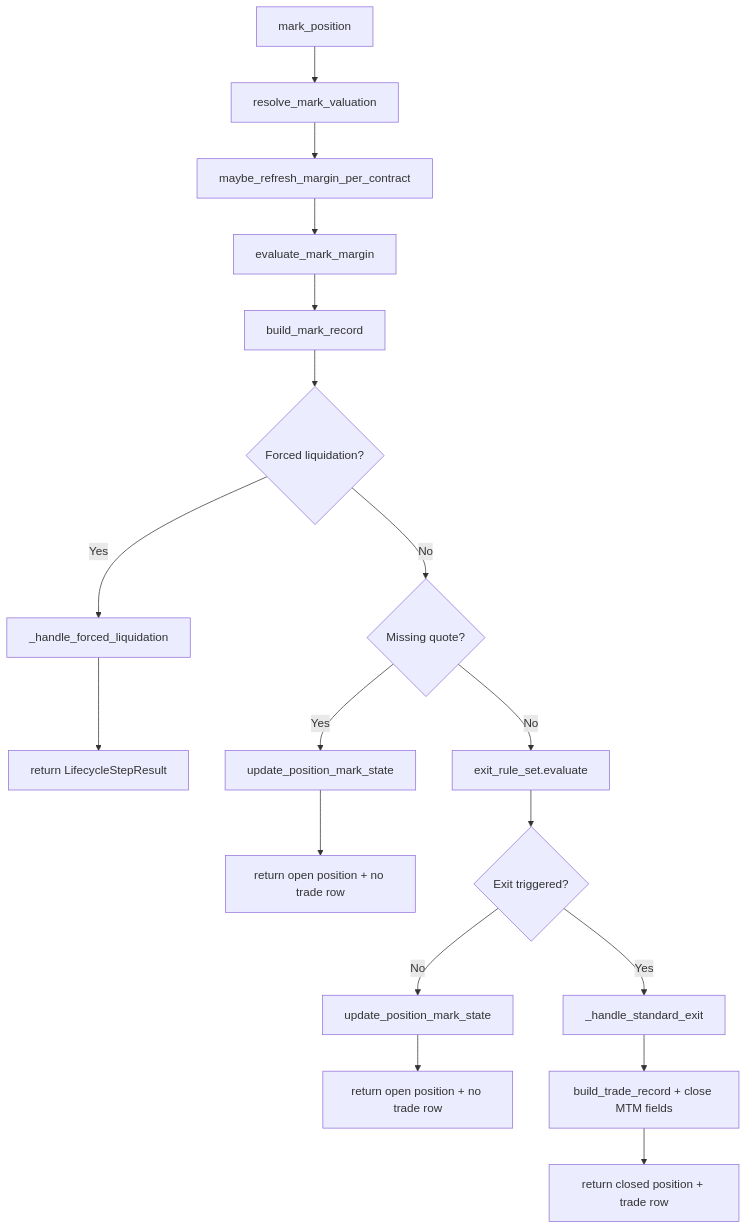
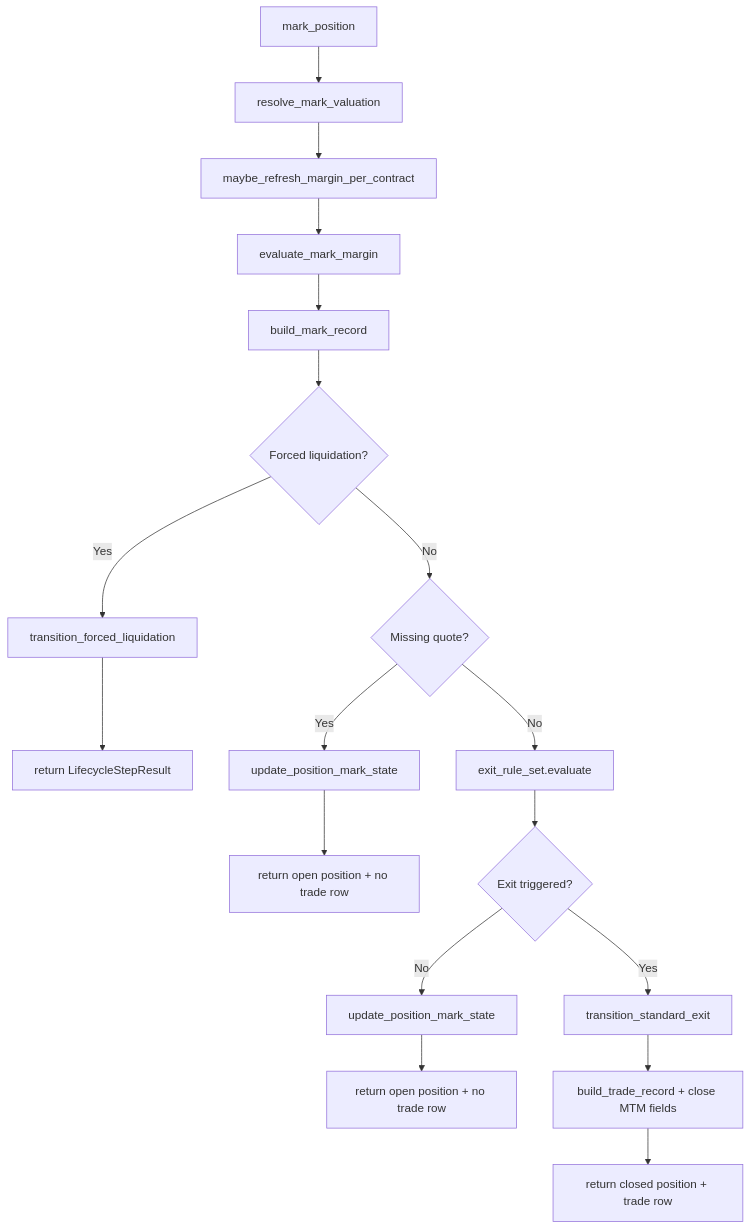
Before and after one commit to anthonymakarewicz/volatility-trading: the sixth of 6 diagrams in docs/reference/options_backtesting_architecture_internals.md, drawn with Mermaid. The commit also changed other lines of this file and 6 other files, not shown here.

Commit message:
refactor(backtesting): split lifecycle control-flow modules and add output regression snapshots

````diff
--- a/docs/reference/options_backtesting_architecture_internals.md
+++ b/docs/reference/options_backtesting_architecture_internals.md
@@ -199,24 +200,24 @@
 ```mermaid
 flowchart TD
     A[mark_position] --> B[resolve_mark_valuation]
     B --> C[maybe_refresh_margin_per_contract]
     C --> D[evaluate_mark_margin]
     D --> E[build_mark_record]
     E --> F{Forced liquidation?}
 
-    F -- Yes --> G[_handle_forced_liquidation]
+    F -- Yes --> G[transition_forced_liquidation]
     G --> H[return LifecycleStepResult]
 
     F -- No --> I{Missing quote?}
     I -- Yes --> J[update_position_mark_state]
     J --> K[return open position + no trade row]
 
     I -- No --> L[exit_rule_set.evaluate]
     L --> M{Exit triggered?}
     M -- No --> N[update_position_mark_state]
     N --> O[return open position + no trade row]
 
-    M -- Yes --> P[_handle_standard_exit]
+    M -- Yes --> P[transition_standard_exit]
     P --> Q[build_trade_record + close MTM fields]
     Q --> R[return closed position + trade row]
 ```
````
